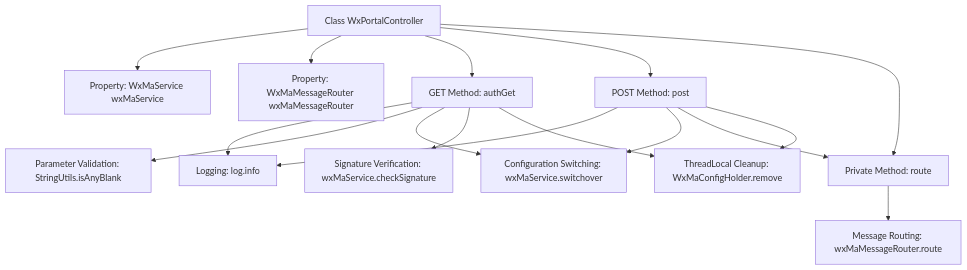
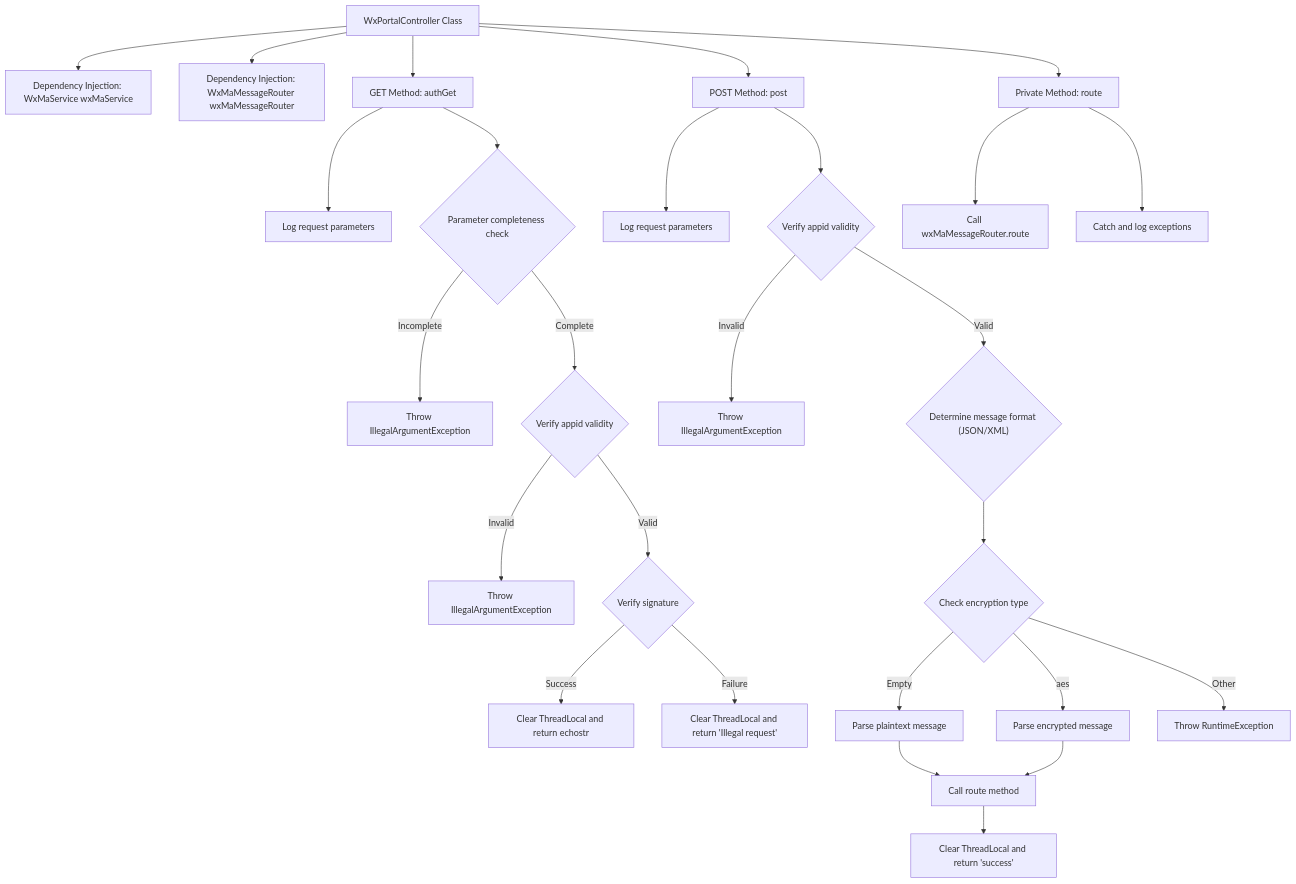
The second of 2 diagrams in docs/en/docs/src/main/java/com/github/binarywang/demo/wx/miniapp/controller/WxPortalController.md (v-wjrong/binary_weixin-java-miniapp-demo), drawn with Mermaid before and after one commit. The commit also changed other lines of this file and 50 other files, not shown here.

````diff
--- a/docs/en/docs/src/main/java/com/github/binarywang/demo/wx/miniapp/controller/WxPortalController.md
+++ b/docs/en/docs/src/main/java/com/github/binarywang/demo/wx/miniapp/controller/WxPortalController.md
@@ -92,31 +91,39 @@
 ```mermaid
 graph TD
-    A["Class WxPortalController"]
-    B["Property: WxMaService wxMaService"]
-    C["Property: WxMaMessageRouter wxMaMessageRouter"]
+    A["WxPortalController Class"]
+    B["Dependency Injection: WxMaService wxMaService"]
+    C["Dependency Injection: WxMaMessageRouter wxMaMessageRouter"]
     D["GET Method: authGet"]
     E["POST Method: post"]
     F["Private Method: route"]
-    G["Logging: log.info"]
-    H["Parameter Validation: StringUtils.isAnyBlank"]
-    I["Configuration Switching: wxMaService.switchover"]
-    J["Signature Verification: wxMaService.checkSignature"]
-    K["Message Routing: wxMaMessageRouter.route"]
-    L["ThreadLocal Cleanup: WxMaConfigHolder.remove"]
+    
+    D --> D1["Log request parameters"]
+    D --> D2{"Parameter completeness check"}
+    D2 -->|Incomplete| D3["Throw IllegalArgumentException"]
+    D2 -->|Complete| D4{"Verify appid validity"}
+    D4 -->|Invalid| D5["Throw IllegalArgumentException"]
+    D4 -->|Valid| D6{"Verify signature"}
+    D6 -->|Success| D7["Clear ThreadLocal and return echostr"]
+    D6 -->|Failure| D8["Clear ThreadLocal and return 'Illegal request'"]
+    
+    E --> E1["Log request parameters"]
+    E --> E2{"Verify appid validity"}
+    E2 -->|Invalid| E3["Throw IllegalArgumentException"]
+    E2 -->|Valid| E4{"Determine message format (JSON/XML)"}
+    E4 --> E5{"Check encryption type"}
+    E5 -->|Empty| E6["Parse plaintext message"]
+    E5 -->|aes| E7["Parse encrypted message"]
+    E6 --> E8["Call route method"]
+    E7 --> E8
+    E8 --> E9["Clear ThreadLocal and return 'success'"]
+    E5 -->|Other| E10["Throw RuntimeException"]
+    
+    F --> F1["Call wxMaMessageRouter.route"]
+    F --> F2["Catch and log exceptions"]
 
     A --> B
     A --> C
     A --> D
     A --> E
     A --> F
-    D --> G
-    D --> H
-    D --> I
-    D --> J
-    D --> L
-    E --> G
-    E --> I
-    E --> F
-    F --> K
-    E --> L
 ```
````
